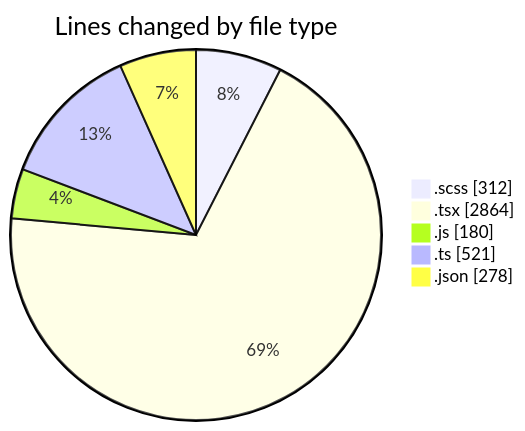
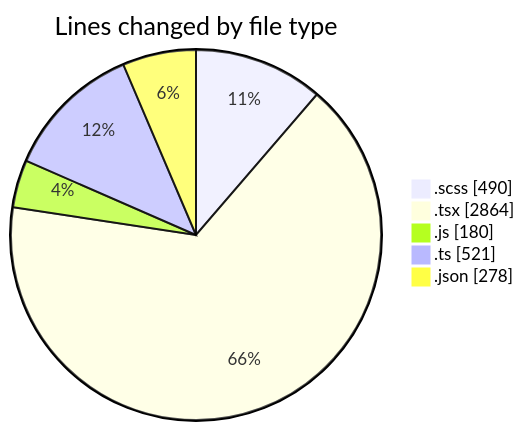
The first of 2 diagrams in 2026-08-10/cda/README.md (momahboobian/code-tracking), drawn with Mermaid before and after one commit. The commit also changed other lines of this file and 1 other file, not shown here.

````diff
--- a/2026-08-10/cda/README.md
+++ b/2026-08-10/cda/README.md
@@ -32,9 +32,9 @@
 ```mermaid
 pie showData
 title Lines changed by file type
-".scss" : 312
+".scss" : 490
 ".tsx" : 2864
 ".js" : 180
 ".ts" : 521
 ".json" : 278
 ```
````
